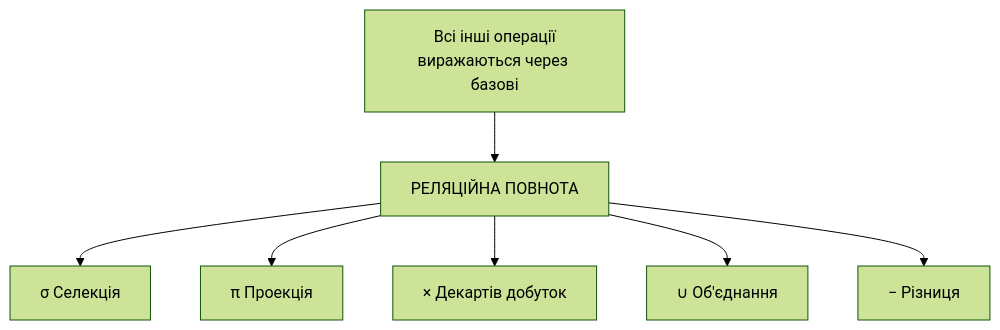
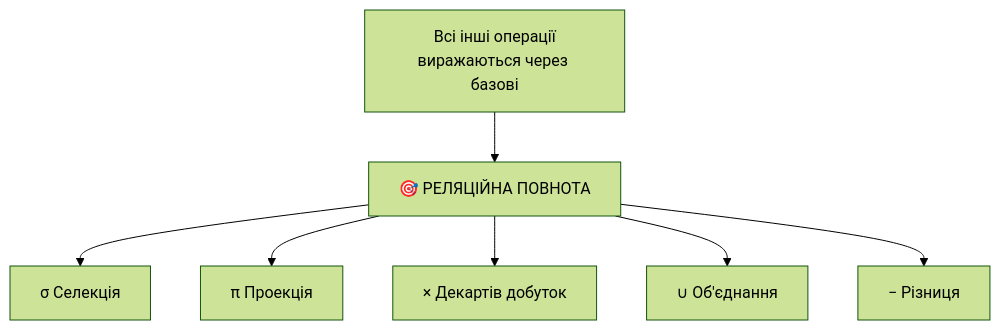
Before and after one commit to olroi421/course-bd: the fifth of 7 diagrams in docs/presentations/presentation-04.md, drawn with Mermaid (forest theme). The commit also changed other lines of this file and 1 other file, not shown here.

````diff
--- a/docs/presentations/presentation-04.md
+++ b/docs/presentations/presentation-04.md
@@ -577,10 +542,10 @@
 ```mermaid
 graph TD
-    A[РЕЛЯЦІЙНА ПОВНОТА] --> B[σ Селекція]
+    A[🎯 РЕЛЯЦІЙНА ПОВНОТА] --> B[σ Селекція]
     A --> C[π Проекція]
     A --> D[× Декартів добуток]
     A --> E[∪ Об'єднання]
     A --> F[− Різниця]
 
     G[Всі інші операції<br/>виражаються через базові] --> A
 ```
````
